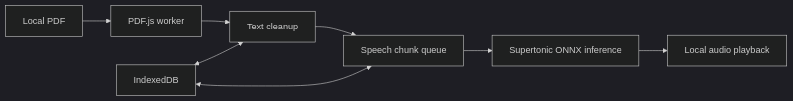
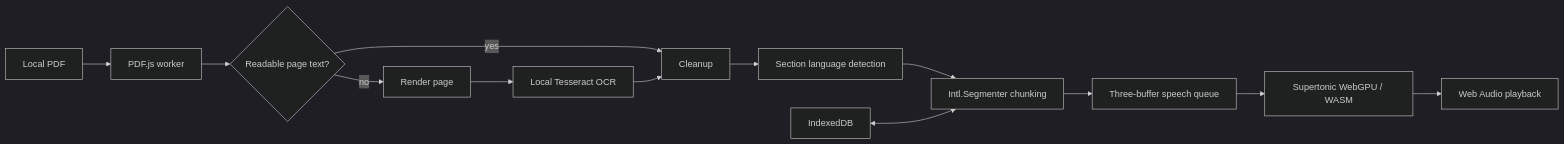
Before and after one commit to adriandsouza/readlocal: the diagram in docs/ARCHITECTURE.md, drawn with Mermaid (dark theme). The commit also changed other lines of this file and 45 other files, not shown here.

````diff
--- a/docs/ARCHITECTURE.md
+++ b/docs/ARCHITECTURE.md
@@ -3,10 +3,15 @@
 ```mermaid
 flowchart LR
   A[Local PDF] --> B[PDF.js worker]
-  B --> C[Text cleanup]
-  C --> D[Speech chunk queue]
-  D --> E[Supertonic ONNX inference]
-  E --> F[Local audio playback]
-  G[IndexedDB] <--> C
-  G <--> D
+  B --> C{Readable page text?}
+  C -->|yes| D[Cleanup]
+  C -->|no| E[Render page]
+  E --> F[Local Tesseract OCR]
+  F --> D
+  D --> G[Section language detection]
+  G --> H[Intl.Segmenter chunking]
+  H --> I[Three-buffer speech queue]
+  I --> J[Supertonic WebGPU / WASM]
+  J --> K[Web Audio playback]
+  L[IndexedDB] <--> H
 ```
````
